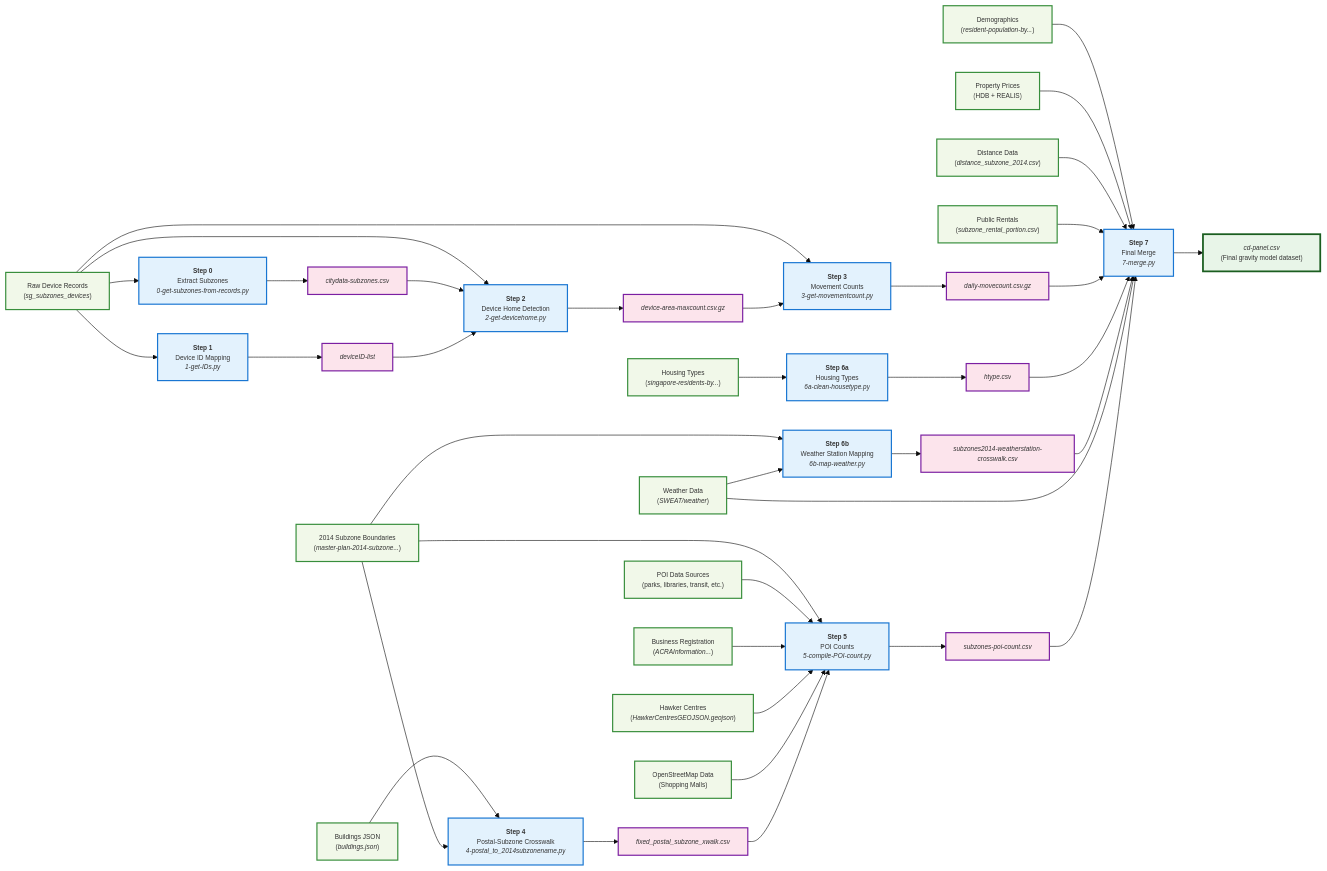
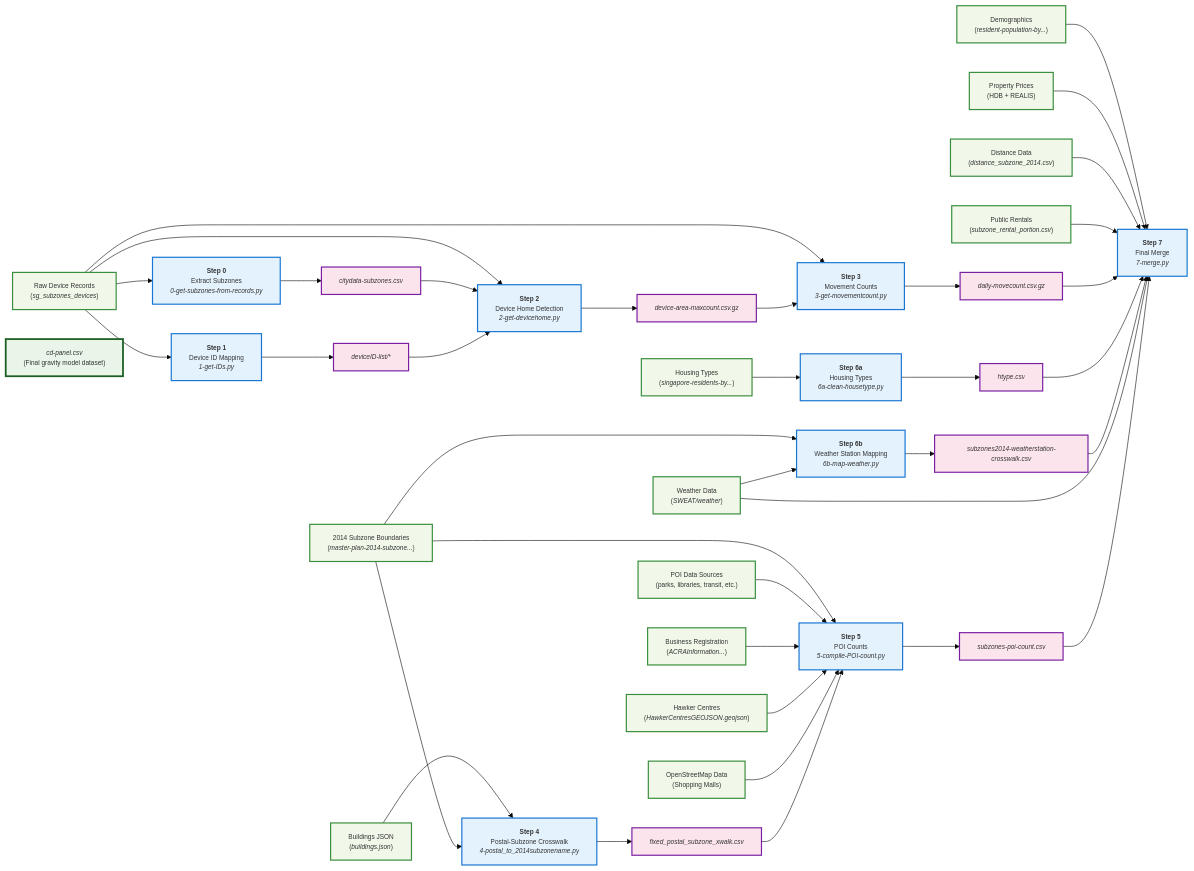
One commit to LSYS/nbhmv changed the diagram in assets/build-pipeline.mmd. Above: the diagram before and after it, drawn with Mermaid (base theme). The commit also changed 2 other files, not shown here.

```diff
--- a/assets/build-pipeline.mmd
+++ b/assets/build-pipeline.mmd
@@ -1,100 +1,100 @@
 %%{init: {"flowchart": {"htmlLabels": true}}}%%
 graph LR
     %% Raw Data Sources
     RawDevices["Raw Device Records<br/>(<i>sg_subzones_devices</i>)"]
     Buildings["Buildings JSON<br/>(<i>buildings.json</i>)"]
     Subzones2014["2014 Subzone Boundaries<br/>(<i>master-plan-2014-subzone...</i>)"]
     Weather["Weather Data<br/>(<i>SWEAT/weather</i>)"]
     Demographics["Demographics<br/>(<i>resident-population-by...</i>)"]
     Housing["Housing Types<br/>(<i>singapore-residents-by...</i>)"]
     POIData["POI Data Sources<br/>(parks, libraries, transit, etc.)"]
     BusinessReg["Business Registration<br/>(<i>ACRAInformation...</i>)"]
     PropertyPrices["Property Prices<br/>(HDB + REALIS)"]
     DistanceData["Distance Data<br/>(<i>distance_subzone_2014.csv</i>)"]
     PubRentals["Public Rentals<br/>(<i>subzone_rental_portion.csv</i>)"]
     HawkerData["Hawker Centres<br/>(<i>HawkerCentresGEOJSON.geojson</i>)"]
     OSMData["OpenStreetMap Data<br/>(Shopping Malls)"]
 
     %% File Processing
     File0["<b>Step 0</b><br/>Extract Subzones<br/><i>0-get-subzones-from-records.py</i>"]
     File1["<b>Step 1</b><br/>Device ID Mapping<br/><i>1-get-IDs.py</i>"]
     File2["<b>Step 2</b><br/>Device Home Detection<br/><i>2-get-devicehome.py</i>"]
     File3["<b>Step 3</b><br/>Movement Counts<br/><i>3-get-movementcount.py</i>"]
     File4["<b>Step 4</b><br/>Postal-Subzone Crosswalk<br/><i>4-postal_to_2014subzonename.py</i>"]
     File5["<b>Step 5</b><br/>POI Counts<br/><i>5-compile-POI-count.py</i>"]
     File6a["<b>Step 6a</b><br/>Housing Types<br/><i>6a-clean-housetype.py</i>"]
     File6b["<b>Step 6b</b><br/>Weather Station Mapping<br/><i>6b-map-weather.py</i>"]
     File7["<b>Step 7</b><br/>Final Merge<br/><i>7-merge.py</i>"]
 
     %% Intermediate Files
     SubzoneList["<i>citydata-subzones.csv</i>"]
-    DeviceIDs["<i>deviceID-list</i>"]
+    DeviceIDs["<i>deviceID-list/*</i>"]
     DeviceHomes["<i>device-area-maxcount.csv.gz</i>"]
     MovementCounts["<i>daily-movecount.csv.gz</i>"]
     PostalCrosswalk["<i>fixed_postal_subzone_xwalk.csv</i>"]
     POICounts["<i>subzones-poi-count.csv</i>"]
     HousingTypes["<i>htype.csv</i>"]
     WeatherCrosswalk["<i>subzones2014-weatherstation-crosswalk.csv</i>"]
 
     %% Final Output
     FinalPanel["<i>cd-panel.csv</i><br/>(Final gravity model dataset)"]
 
     %% Dependencies
     RawDevices --> File0
     RawDevices --> File1
     RawDevices --> File2
     RawDevices --> File3
 
     Buildings --> File4
     Subzones2014 --> File4
     Subzones2014 --> File5
     Subzones2014 --> File6b
 
     Weather --> File6b
     Demographics --> File7
     Housing --> File6a
     POIData --> File5
     BusinessReg --> File5
     PropertyPrices --> File7
     DistanceData --> File7
     PubRentals --> File7
     HawkerData --> File5
     OSMData --> File5
 
     %% Intermediate file creation
     File0 --> SubzoneList
     File1 --> DeviceIDs
     File2 --> DeviceHomes
     File3 --> MovementCounts
     File4 --> PostalCrosswalk
     File5 --> POICounts
     File6a --> HousingTypes
     File6b --> WeatherCrosswalk
 
     %% Intermediate file usage
     SubzoneList --> File2
     DeviceIDs --> File2
     PostalCrosswalk --> File5
     DeviceHomes --> File3
 
     %% Final merge dependencies
     MovementCounts --> File7
     HousingTypes --> File7
     WeatherCrosswalk --> File7
     Weather --> File7
     POICounts --> File7
 
     %% Final output
-    File7 --> FinalPanel
+    %% File7 --> FinalPanel
 
     %% Styling
     classDef pyfile fill:#e3f2fd,stroke:#1976d2,stroke-width:2px
     classDef raw fill:#f1f8e9,stroke:#388e3c,stroke-width:2px
     classDef intermediate fill:#fce4ec,stroke:#7b1fa2,stroke-width:2px
     classDef final fill:#e8f5e8,stroke:#1b5e20,stroke-width:3px
     classDef default fill:#e3f2fd,stroke:#1976d2,stroke-width:2px,font-size:11px,padding:0px
 
     class File0,File1,File2,File3,File4,File5,File6a,File6b,File7 pyfile
     class RawDevices,Buildings,Subzones2014,Weather,Demographics,Housing,POIData,BusinessReg,PropertyPrices,DistanceData,PubRentals,HawkerData,OSMData raw
     class SubzoneList,DeviceIDs,DeviceHomes,MovementCounts,PostalCrosswalk,POICounts,HousingTypes,WeatherCrosswalk intermediate
     class FinalPanel final
```
